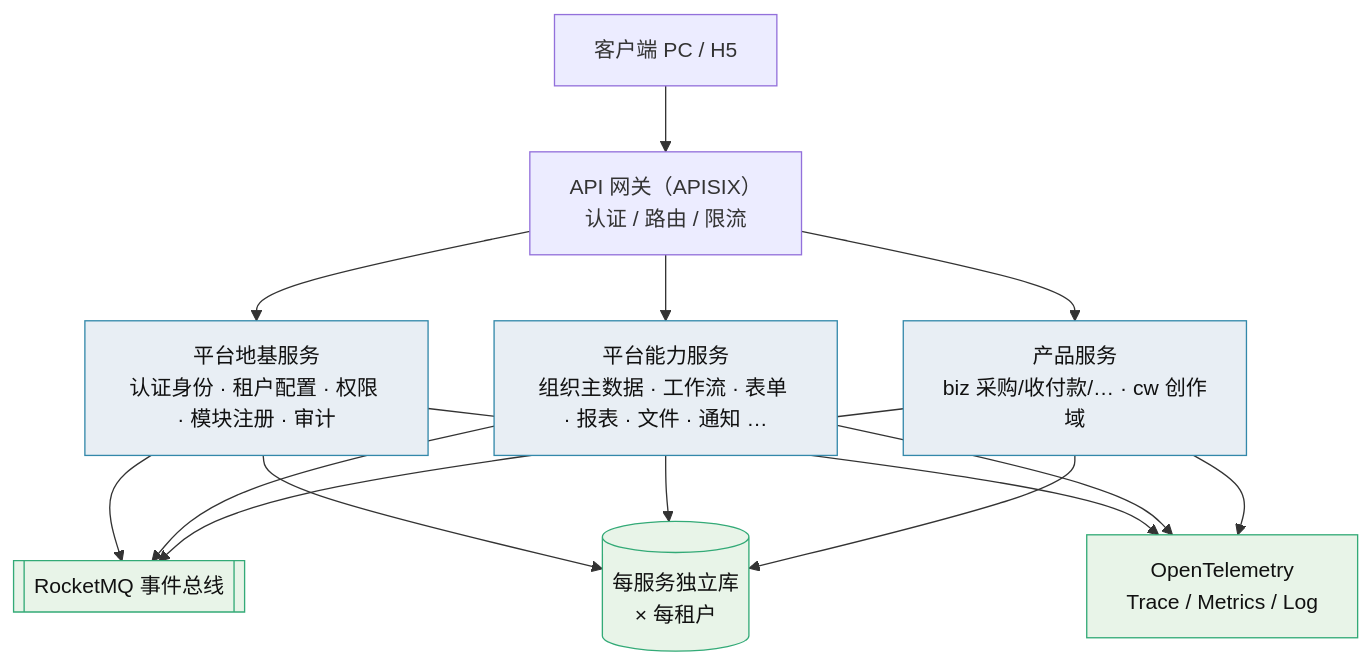
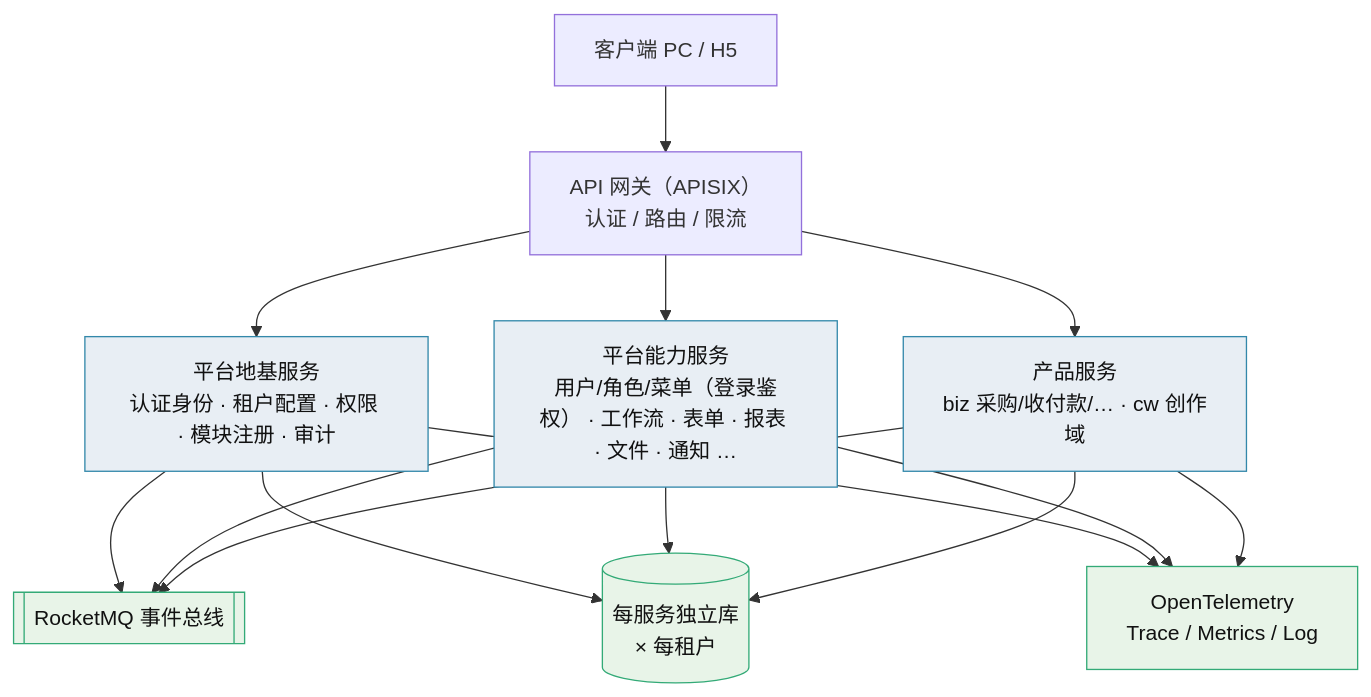
One commit to minjian123/basic-management-system changed the diagram in bms文档/规划/微服务演进规划.md. Above: the diagram before and after it, drawn with Mermaid. The commit also changed other lines of this file and 41 other files, not shown here.

````diff
--- a/bms文档/规划/微服务演进规划.md
+++ b/bms文档/规划/微服务演进规划.md
@@ -35,14 +35,14 @@
 ```mermaid
 flowchart TB
     C[客户端 PC / H5] --> GW["API 网关（APISIX）<br/>认证 / 路由 / 限流"]
     GW --> G["平台地基服务<br/>认证身份 · 租户配置 · 权限 · 模块注册 · 审计"]
-    GW --> B["平台能力服务<br/>组织主数据 · 工作流 · 表单 · 报表 · 文件 · 通知 …"]
+    GW --> B["平台能力服务<br/>用户/角色/菜单（登录鉴权） · 工作流 · 表单 · 报表 · 文件 · 通知 …"]
     GW --> P["产品服务<br/>biz 采购/收付款/… · cw 创作域"]
     G & B & P --> MQ[["RocketMQ 事件总线"]]
     G & B & P --> DB[("每服务独立库<br/>× 每租户")]
     G & B & P --> OBS["OpenTelemetry<br/>Trace / Metrics / Log"]
     classDef svc fill:#e8eef4,stroke:#38a,color:#111
     classDef ext fill:#e8f4e8,stroke:#3a7,color:#111
     class G,B,P svc
     class MQ,DB,OBS ext
 ```
````
